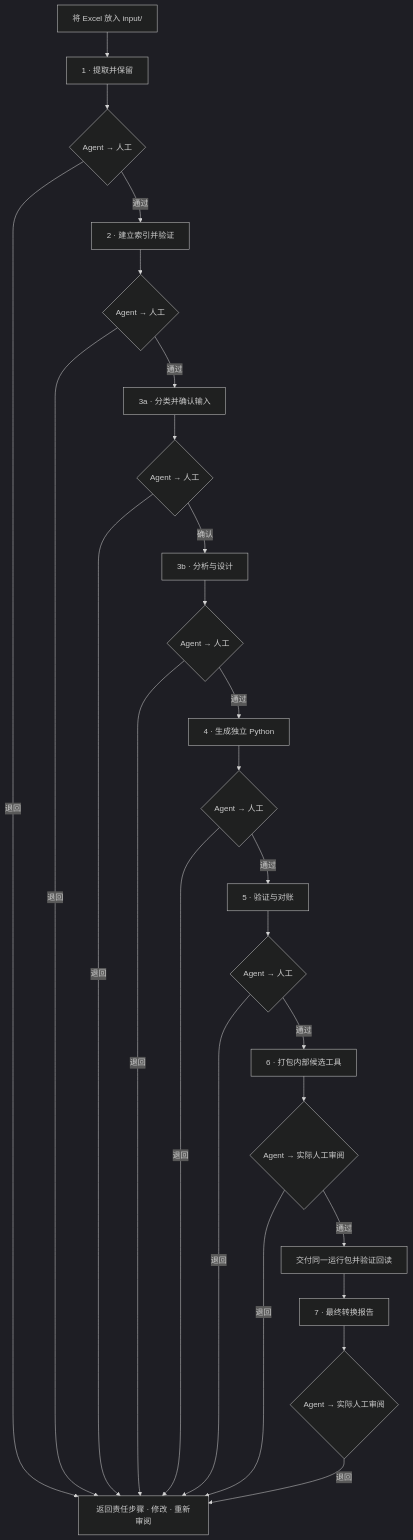
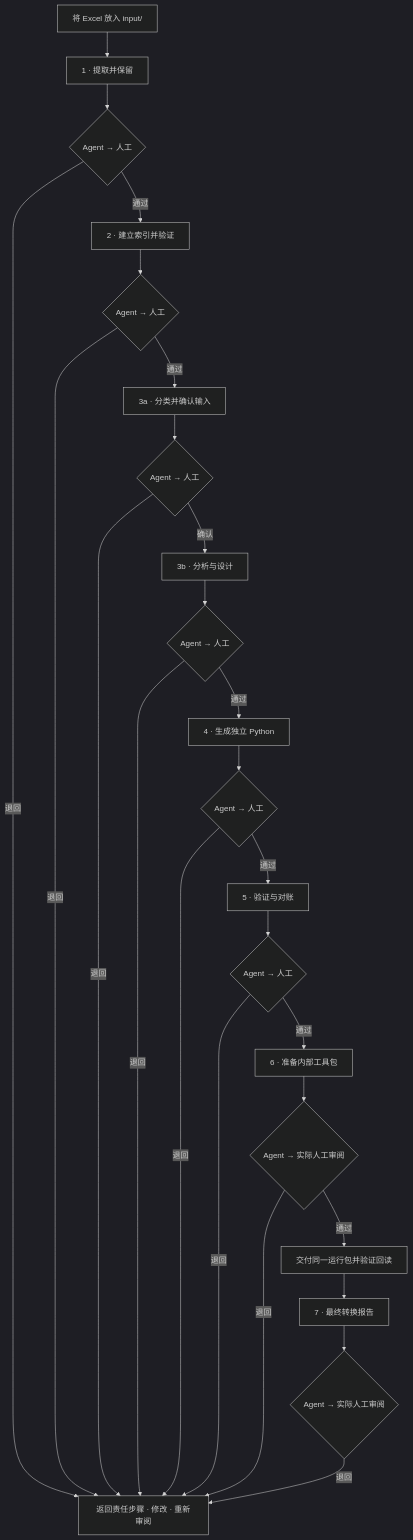
Before and after one commit to ferryhe/excel_to_act: the diagram in README.zh-CN.md, drawn with Mermaid (dark theme). The commit also changed other lines of this file and 42 other files, not shown here.

````diff
--- a/README.zh-CN.md
+++ b/README.zh-CN.md
@@ -9,21 +13,21 @@
 ```mermaid
 flowchart TD
     X[将 Excel 放入 input/] --> S1[1 · 提取并保留]
     S1 --> A1{Agent → 人工}
     A1 -->|通过| S2[2 · 建立索引并验证]
     S2 --> A2{Agent → 人工}
     A2 -->|通过| S3I[3a · 分类并确认输入]
     S3I --> A3I{Agent → 人工}
     A3I -->|确认| S3[3b · 分析与设计]
     S3 --> A3{Agent → 人工}
     A3 -->|通过| S4[4 · 生成独立 Python]
     S4 --> A4{Agent → 人工}
     A4 -->|通过| S5[5 · 验证与对账]
     S5 --> A5{Agent → 人工}
-    A5 -->|通过| S6[6 · 打包内部候选工具]
+    A5 -->|通过| S6[6 · 准备内部工具包]
     S6 --> A6{Agent → 实际人工审阅}
     A6 -->|通过| D[交付同一运行包并验证回读]
     D --> S7[7 · 最终转换报告]
     S7 --> A7{Agent → 实际人工审阅}
     A1 & A2 & A3I & A3 & A4 & A5 & A6 & A7 -->|退回| R[返回责任步骤 · 修改 · 重新审阅]
 ```
````
